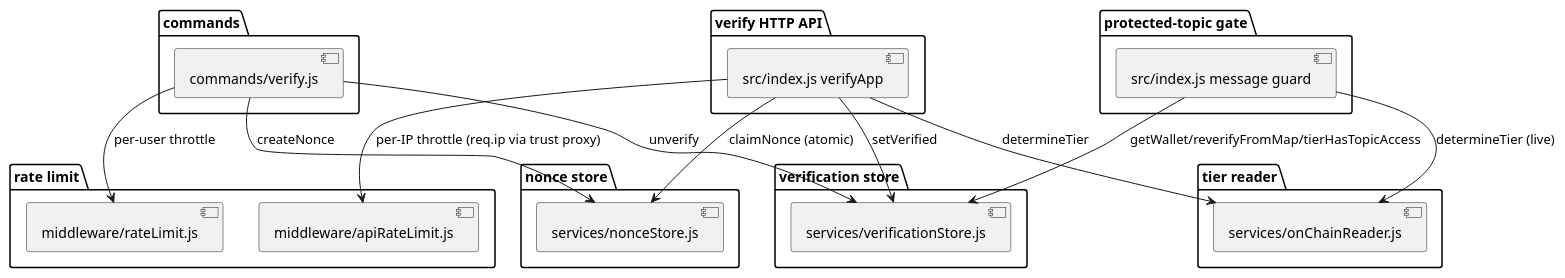
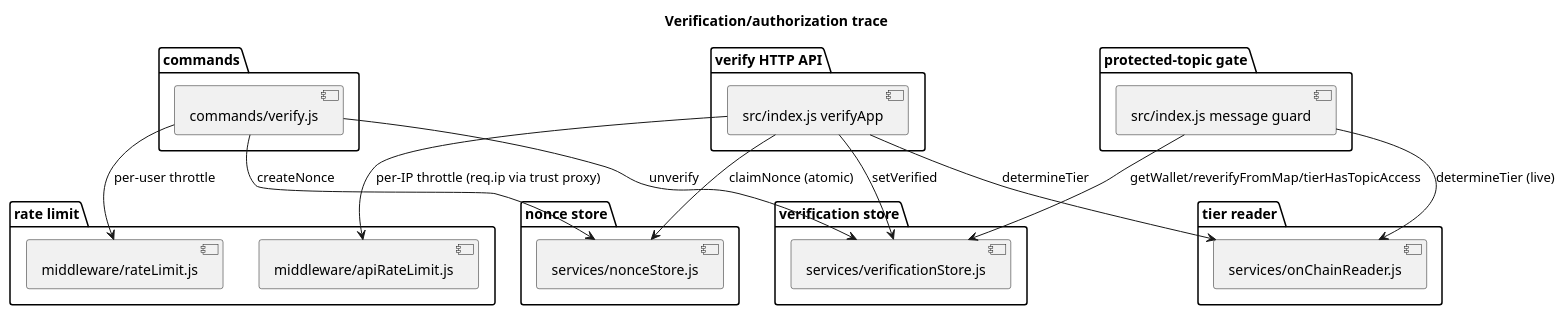
One commit to NeaBouli/inferno changed the second of 3 diagrams in docs/architecture/map.puml. Above: the diagram before and after it, drawn with PlantUML. The commit also changed other lines of this file and 16 other files, not shown here.

```diff
--- a/docs/architecture/map.puml
+++ b/docs/architecture/map.puml
@@ -25,34 +38,35 @@
 @startuml
+title Verification/authorization trace
 package "commands" {
   [commands/verify.js]
 }
 package "nonce store" {
   [services/nonceStore.js]
 }
 package "verification store" {
   [services/verificationStore.js]
 }
 package "verify HTTP API" {
   [src/index.js verifyApp]
 }
 package "protected-topic gate" {
   [src/index.js message guard]
 }
 package "tier reader" {
   [services/onChainReader.js]
 }
 package "rate limit" {
   [middleware/rateLimit.js]
   [middleware/apiRateLimit.js]
 }
 
 [src/index.js verifyApp] --> [services/nonceStore.js] : claimNonce (atomic)
 [src/index.js verifyApp] --> [services/verificationStore.js] : setVerified
 [src/index.js verifyApp] --> [services/onChainReader.js] : determineTier
 [src/index.js verifyApp] --> [middleware/apiRateLimit.js] : per-IP throttle (req.ip via trust proxy)
 [commands/verify.js] --> [services/nonceStore.js] : createNonce
 [commands/verify.js] --> [services/verificationStore.js] : unverify
 [commands/verify.js] --> [middleware/rateLimit.js] : per-user throttle
 [src/index.js message guard] --> [services/verificationStore.js] : getWallet/reverifyFromMap/tierHasTopicAccess
 [src/index.js message guard] --> [services/onChainReader.js] : determineTier (live)
 @enduml
```
